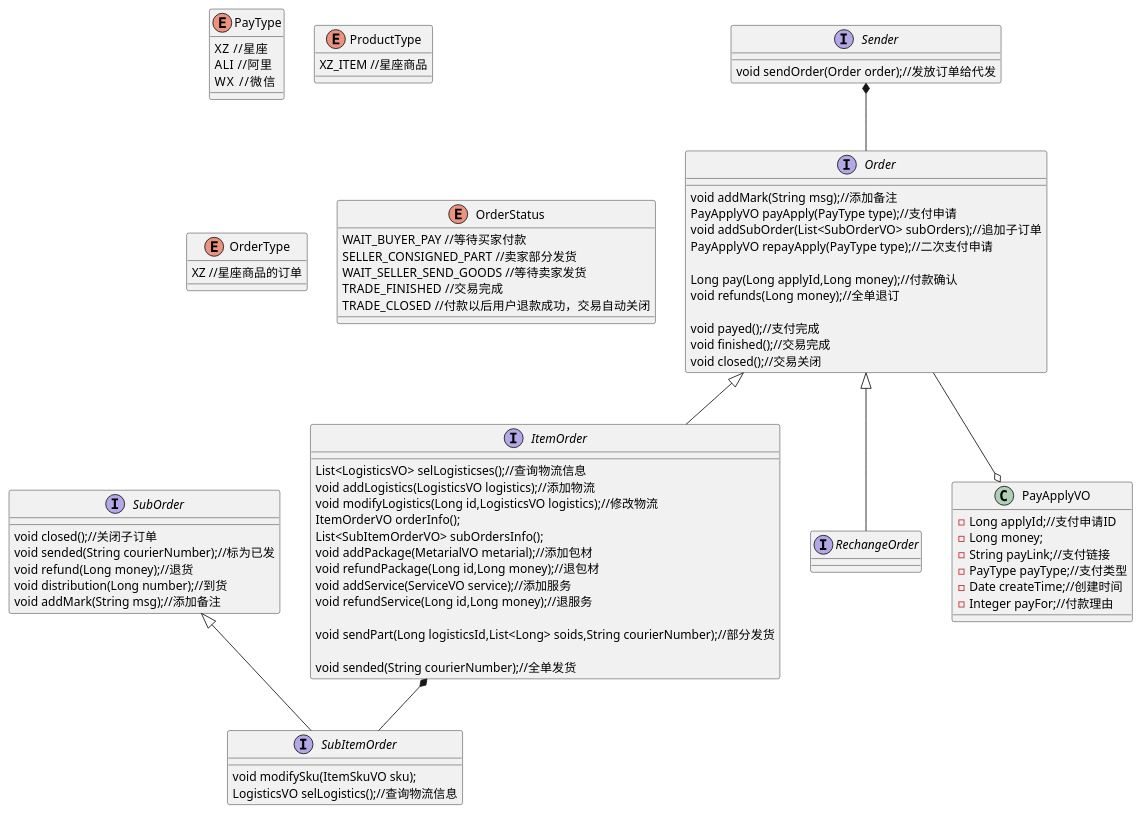
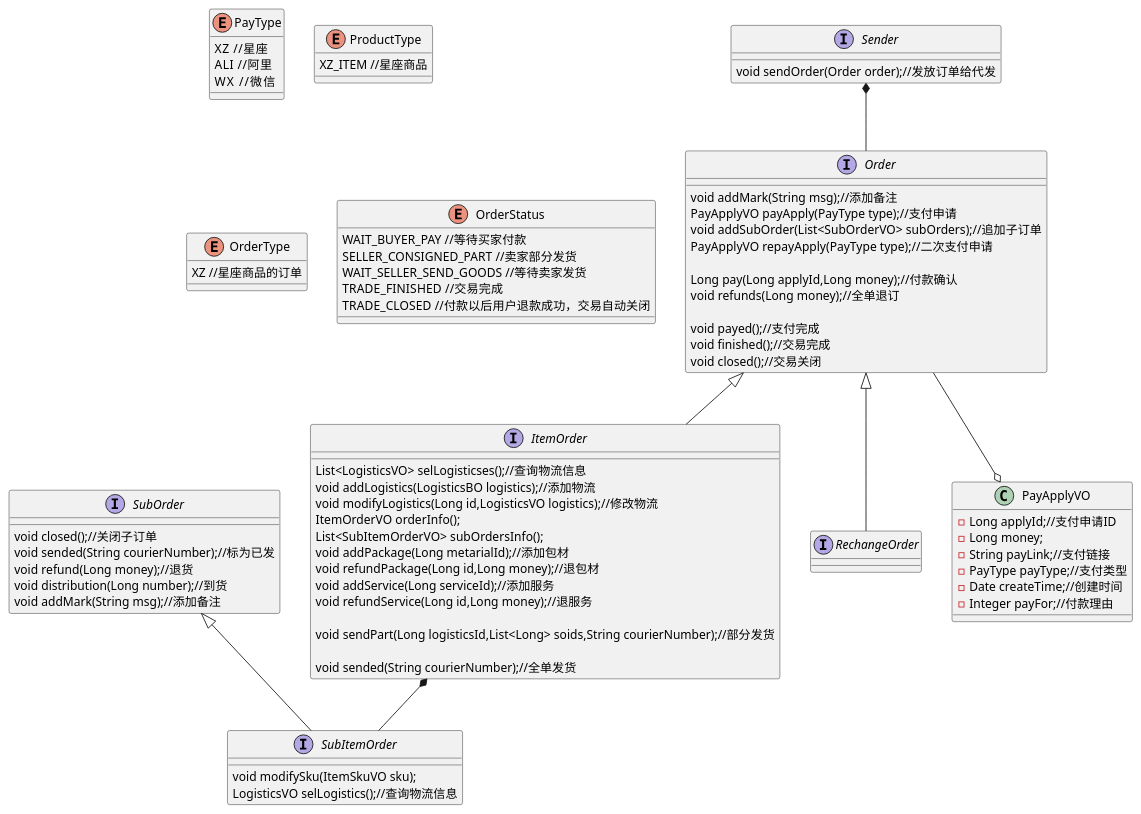
The diagram in main4-order/main4-order-api/src/main/resources/orderClass.puml (pogy/main-pom), drawn with PlantUML before and after one commit. The commit also changed 6 other files, not shown here.

```diff
--- a/main4-order/main4-order-api/src/main/resources/orderClass.puml
+++ b/main4-order/main4-order-api/src/main/resources/orderClass.puml
@@ -1,98 +1,98 @@
 @startuml
 enum PayType{
 XZ  //星座
 ALI  //阿里
 WX   //微信
 }
 
 interface Order{
 void addMark(String msg);//添加备注
 PayApplyVO payApply(PayType type);//支付申请
 void addSubOrder(List<SubOrderVO> subOrders);//追加子订单
 PayApplyVO repayApply(PayType type);//二次支付申请
 
 Long pay(Long applyId,Long money);//付款确认
 void refunds(Long money);//全单退订
 
 void payed();//支付完成
 void finished();//交易完成
 void closed();//交易关闭
 }
 
 interface ItemOrder{
 List<LogisticsVO> selLogisticses();//查询物流信息
-void addLogistics(LogisticsVO logistics);//添加物流
+void addLogistics(LogisticsBO logistics);//添加物流
 void modifyLogistics(Long id,LogisticsVO logistics);//修改物流
 ItemOrderVO orderInfo();
 List<SubItemOrderVO> subOrdersInfo();
-void addPackage(MetarialVO metarial);//添加包材
+void addPackage(Long metarialId);//添加包材
 void refundPackage(Long id,Long money);//退包材
-void addService(ServiceVO service);//添加服务
+void addService(Long serviceId);//添加服务
 void refundService(Long id,Long money);//退服务
 
 void sendPart(Long logisticsId,List<Long> soids,String courierNumber);//部分发货
 
 void sended(String courierNumber);//全单发货
 }
 
 interface RechangeOrder{
 
 }
 
 interface SubOrder{
 void closed();//关闭子订单
 void sended(String courierNumber);//标为已发
 void refund(Long money);//退货
 void distribution(Long number);//到货
 void addMark(String msg);//添加备注
 }
 
 interface SubItemOrder{
 void modifySku(ItemSkuVO sku);
 LogisticsVO selLogistics();//查询物流信息
 }
 
 interface Sender{
 void sendOrder(Order order);//发放订单给代发
 }
 
 enum ProductType{
 XZ_ITEM //星座商品
 
 }
 
 enum OrderType{
 XZ //星座商品的订单
 
 }
 
 enum OrderStatus{
 WAIT_BUYER_PAY //等待买家付款
 SELLER_CONSIGNED_PART //卖家部分发货
 WAIT_SELLER_SEND_GOODS //等待卖家发货
 TRADE_FINISHED  //交易完成
 TRADE_CLOSED  //付款以后用户退款成功，交易自动关闭
 
 }
 
 
 
 class PayApplyVO{
 -Long applyId;//支付申请ID
 -Long money;
 -String payLink;//支付链接
 -PayType payType;//支付类型
 -Date createTime;//创建时间
 -Integer payFor;//付款理由
 }
 
 SubOrder <|-- SubItemOrder
 Order <|-- ItemOrder
 Order <|-- RechangeOrder
 ItemOrder *-- SubItemOrder
 Sender *-- Order
 
 Order --o PayApplyVO
 
 
 @enduml
```
